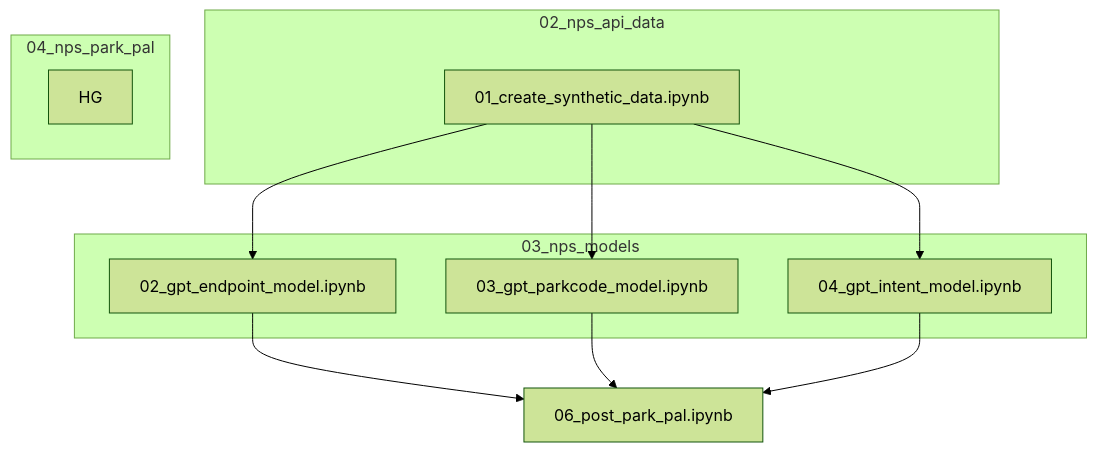
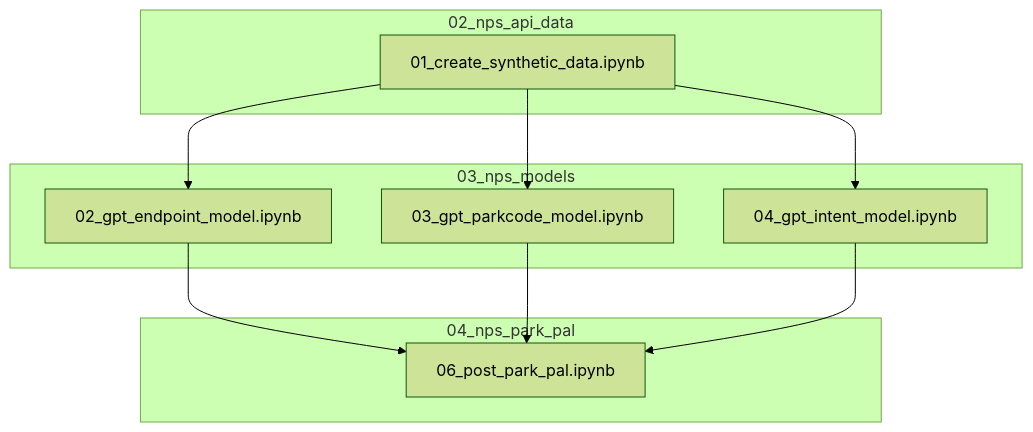
Before and after one commit to nblakkanesser/MADS_Capstone: the diagram in README.md, drawn with Mermaid (forest theme). The commit also changed other lines of this file and 1 other file, not shown here.

Commit message:
Update Mermaid chart

````diff
--- a/README.md
+++ b/README.md
@@ -48,26 +48,26 @@
 ```mermaid
 flowchart TD
     B[01_create_synthetic_data.ipynb]
     B --> D[02_gpt_endpoint_model.ipynb]
     B --> E[03_gpt_parkcode_model.ipynb]
     B --> F[04_gpt_intent_model.ipynb]
     G[06_post_park_pal.ipynb]
     D --> G
     E --> G
     F --> G
 
 
     subgraph Folder1 [02_nps_api_data]
         B
     end
 
     subgraph Folder2 [03_nps_models]
         D
         E
         F
     end
 
     subgraph Folder3 [04_nps_park_pal]
-        HG
+        G
     end
 ```
````
